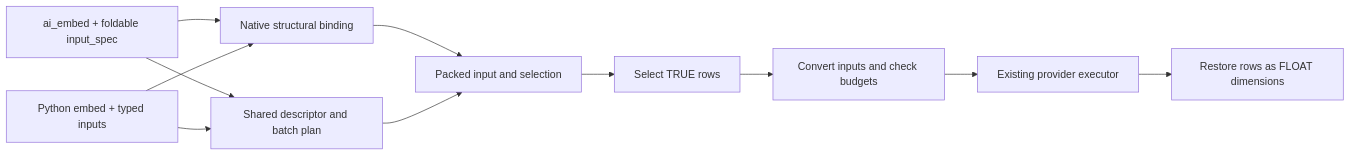
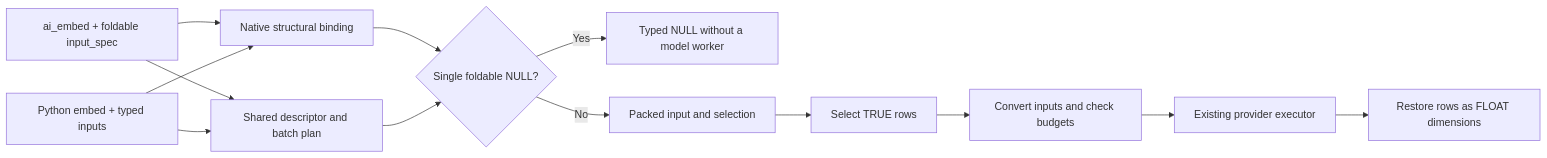
Before and after one commit to AstroVela/vane: the ninth of 9 diagrams in EMBEDDING_DESIGN.md, drawn with Mermaid. The commit also changed other lines of this file and 2 other files, not shown here.

Commit message:
fix(ai): preserve scalar SQL NULL embedding short circuit

````diff
--- a/EMBEDDING_DESIGN.md
+++ b/EMBEDDING_DESIGN.md
@@ -707,13 +710,15 @@
 ```mermaid
 flowchart LR
     SQL[ai_embed + foldable input_spec] --> B[Native structural binding]
     PY[Python embed + typed inputs] --> B
     SQL --> P[Shared descriptor and batch plan]
     PY --> P
-    B --> U[Packed input and selection]
-    P --> U
+    B --> N{Single foldable NULL?}
+    P --> N
+    N -->|Yes| Z[Typed NULL without a model worker]
+    N -->|No| U[Packed input and selection]
     U --> S[Select TRUE rows]
     S --> C[Convert inputs and check budgets]
     C --> E[Existing provider executor]
     E --> R[Restore rows as FLOAT dimensions]
 ```
````
